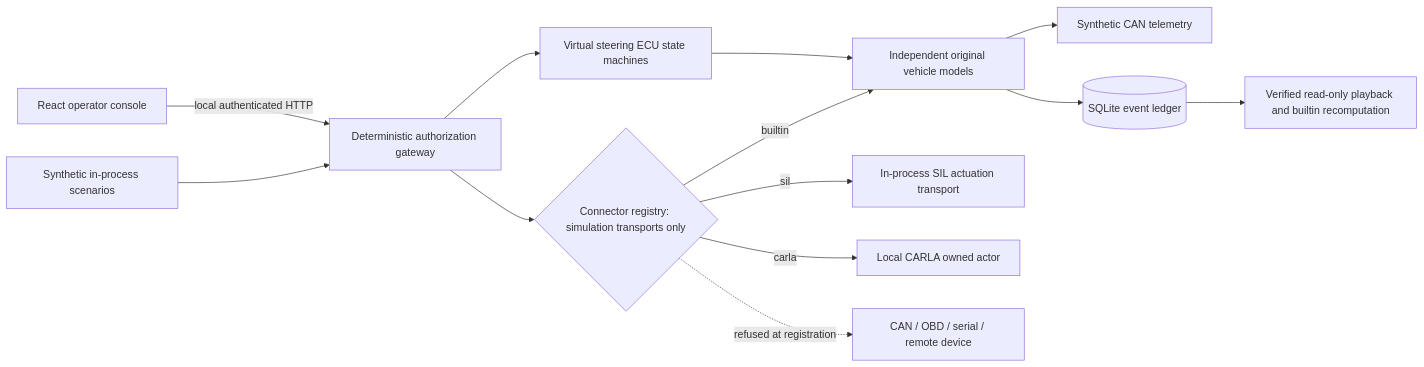
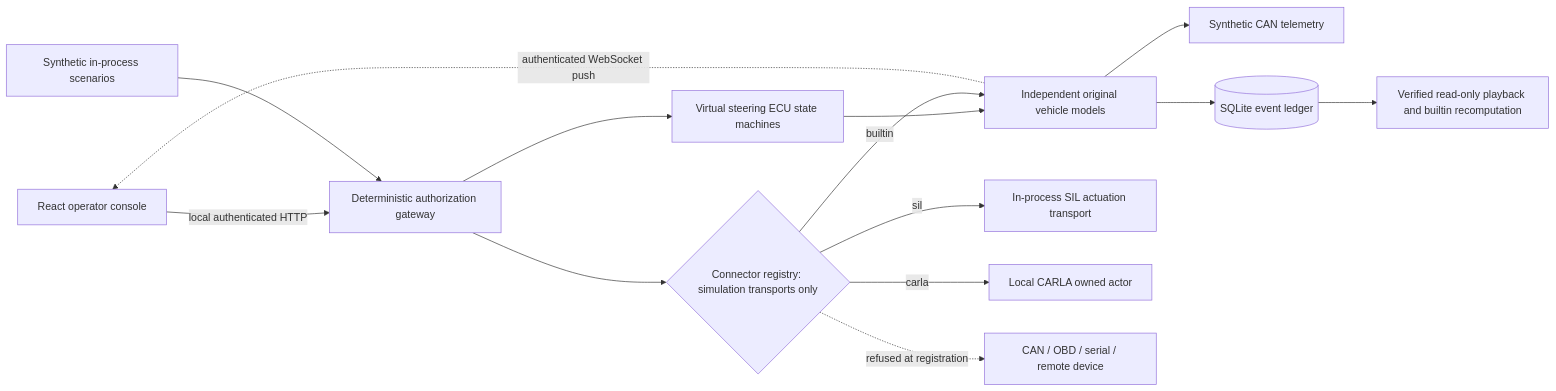
Before and after one commit to topherchris420/ghostwheel: the diagram in docs/engineering.md, drawn with Mermaid. The commit also changed other lines of this file and 7 other files, not shown here.

````diff
--- a/docs/engineering.md
+++ b/docs/engineering.md
@@ -5,15 +5,16 @@
 ```mermaid
 flowchart LR
   UI[React operator console] -->|local authenticated HTTP| GW[Deterministic authorization gateway]
   GW --> ECU[Virtual steering ECU state machines]
   ECU --> MODEL[Independent original vehicle models]
+  MODEL -.->|authenticated WebSocket push| UI
   MODEL --> CAN[Synthetic CAN telemetry]
   MODEL --> DB[(SQLite event ledger)]
   DB --> REPLAY[Verified read-only playback and builtin recomputation]
   GW --> REG{Connector registry: simulation transports only}
   REG -->|builtin| MODEL
   REG -->|sil| SIL[In-process SIL actuation transport]
   REG -->|carla| CARLA[Local CARLA owned actor]
   REG -.->|refused at registration| PHYS[CAN / OBD / serial / remote device]
   TEST[Synthetic in-process scenarios] --> GW
 ```
````
